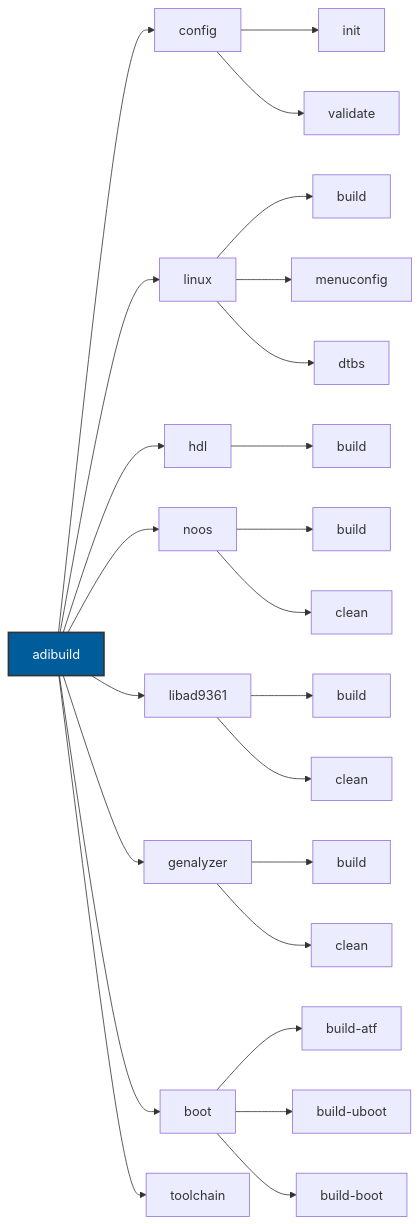
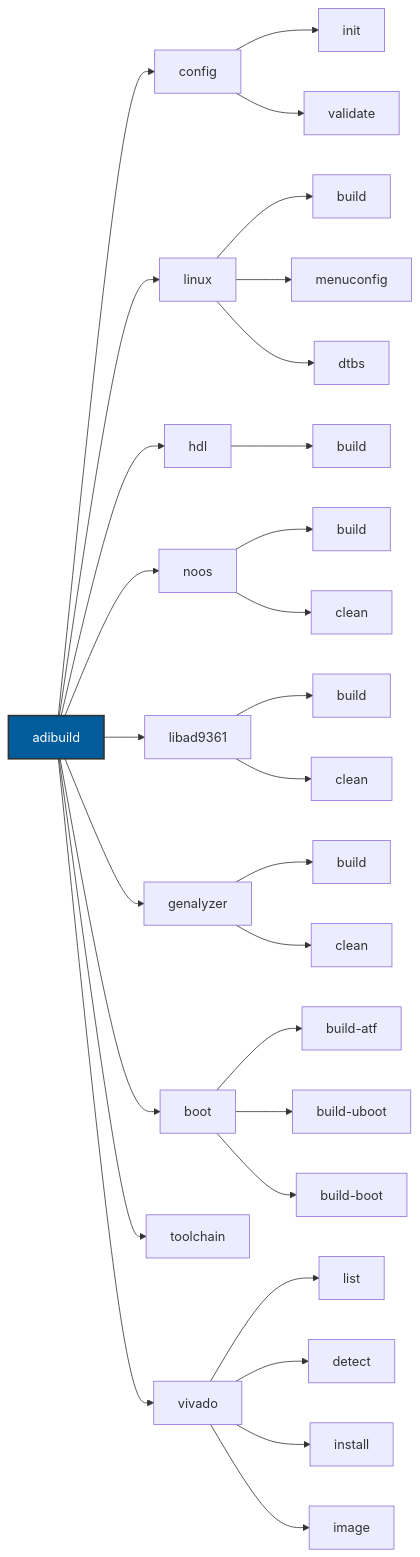
The diagram in docs/source/user-guide/cli-usage.rst (tfcollins/pyadi-build), drawn with Mermaid before and after one commit. The commit also changed other lines of this file and 9 other files, not shown here.

```diff
--- a/docs/source/user-guide/cli-usage.rst
+++ b/docs/source/user-guide/cli-usage.rst
@@ -11,35 +11,41 @@
 .. mermaid::
 
    graph LR
        CLI[adibuild] --> Config[config]
        CLI --> Linux[linux]
        CLI --> HDL[hdl]
        CLI --> NoOS[noos]
        CLI --> LibAD9361[libad9361]
        CLI --> Genalyzer[genalyzer]
        CLI --> Boot[boot]
        CLI --> Toolchain[toolchain]
+       CLI --> Vivado[vivado]
 
        Config --> Init[init]
        Config --> Validate[validate]
 
        Linux --> LBuild[build]
        Linux --> LMenu[menuconfig]
        Linux --> LDtbs[dtbs]
 
        HDL --> HBuild[build]
 
        NoOS --> NBuild[build]
        NoOS --> NClean[clean]
 
        LibAD9361 --> LibBuild[build]
        LibAD9361 --> LibClean[clean]
 
        Genalyzer --> GBuild[build]
        Genalyzer --> GClean[clean]
 
        Boot --> BAtf[build-atf]
        Boot --> BUboot[build-uboot]
        Boot --> BBoot[build-boot]
 
+       Vivado --> VList[list]
+       Vivado --> VDetect[detect]
+       Vivado --> VInstall[install]
+       Vivado --> VImage[image]
+
        style CLI fill:#005c9a,stroke:#333,stroke-width:2px,color:#fff
```
